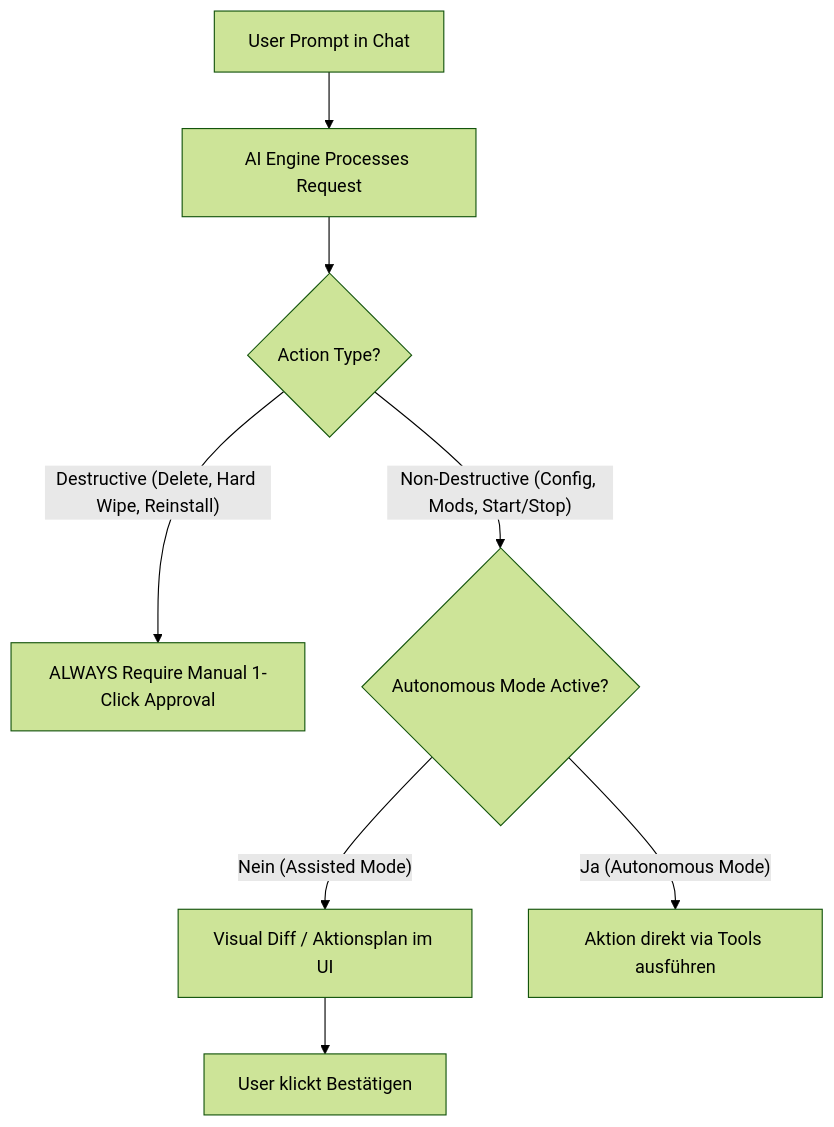
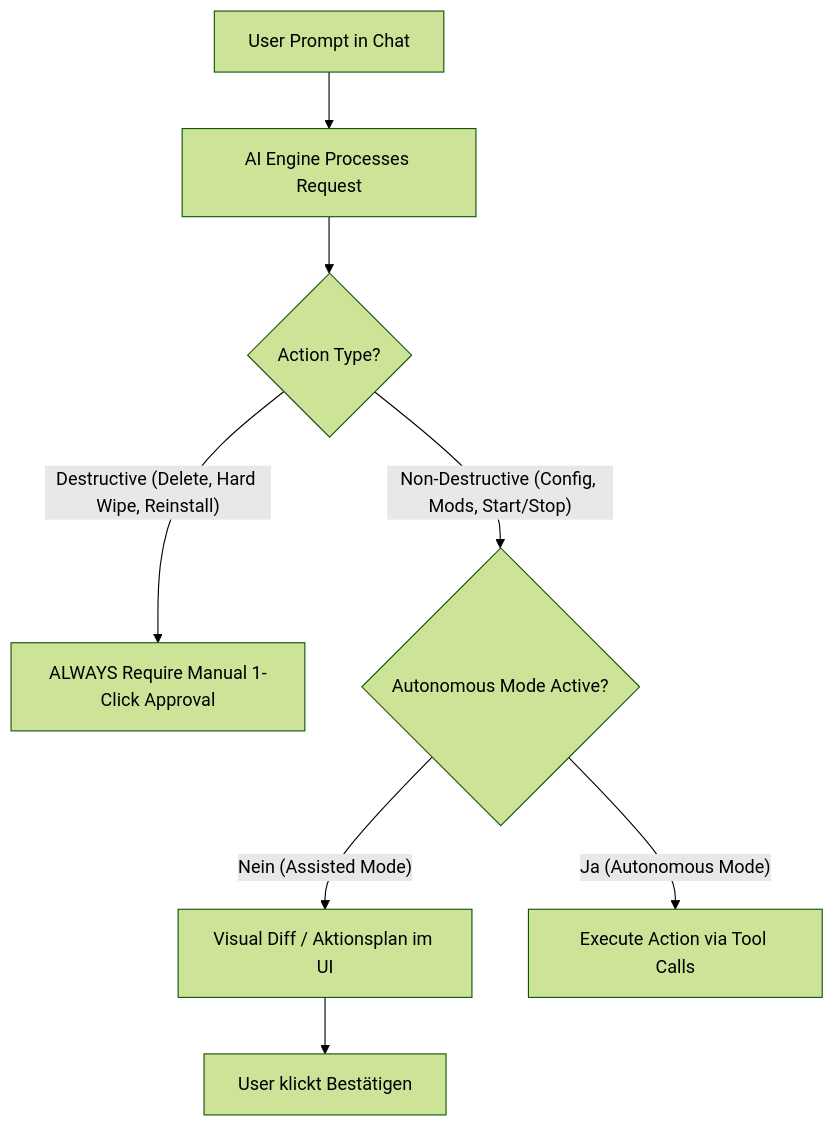
One commit to einmalmaik/maunting-server-manager changed the second of 2 diagrams in docs/ai-engine-planning.md. Above: the diagram before and after it, drawn with Mermaid (forest theme). The commit also changed other lines of this file, not shown here.

Commit message:
docs: add operational safeguards (token cost budget guard, pre-action auto-rollback snapshot, server mutex lock, audit logging)

````diff
--- a/docs/ai-engine-planning.md
+++ b/docs/ai-engine-planning.md
@@ -172,12 +180,12 @@
 ```mermaid
 flowchart TD
     UserPrompt["User Prompt in Chat"] --> AIProcess["AI Engine Processes Request"]
     AIProcess --> ActionType{"Action Type?"}
     
     ActionType -- "Destructive (Delete, Hard Wipe, Reinstall)" --> ManualConfirm["ALWAYS Require Manual 1-Click Approval"]
     
     ActionType -- "Non-Destructive (Config, Mods, Start/Stop)" --> AutonomyCheck{"Autonomous Mode Active?"}
     
     AutonomyCheck -- "Nein (Assisted Mode)" --> DiffPreview["Visual Diff / Aktionsplan im UI"] --> UserConfirm["User klickt Bestätigen"]
-    AutonomyCheck -- "Ja (Autonomous Mode)" --> AutoExecute["Aktion direkt via Tools ausführen"]
+    AutonomyCheck -- "Ja (Autonomous Mode)" --> AutoExecute["Execute Action via Tool Calls"]
 ```
````
